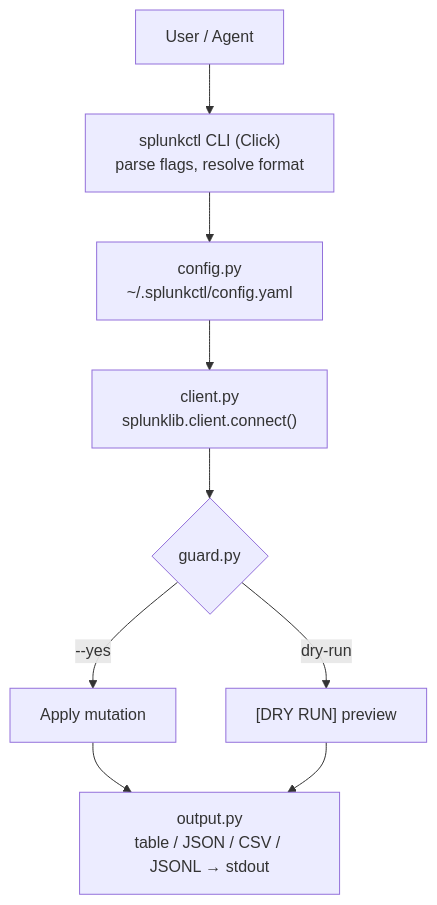
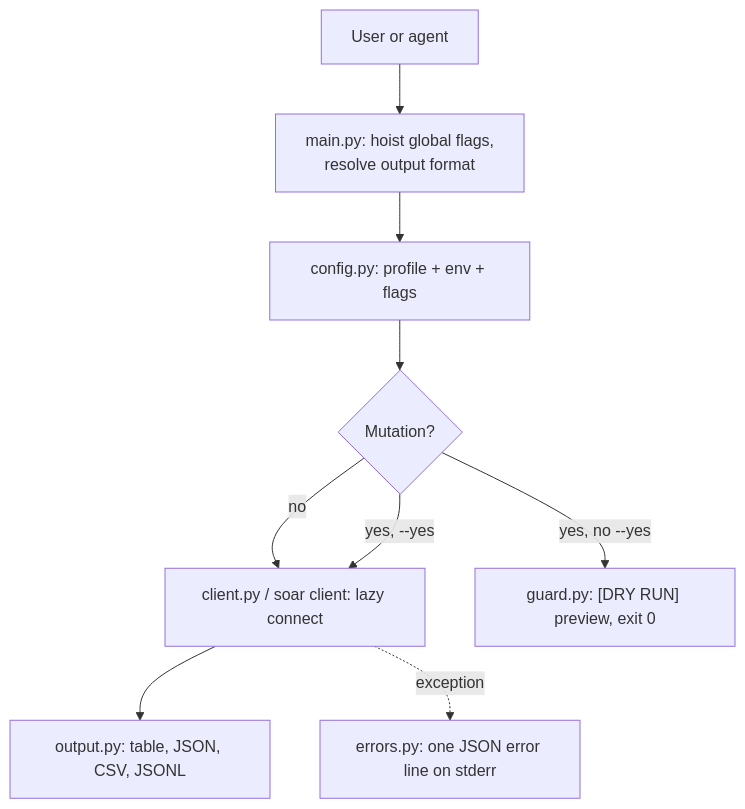
The second of 2 diagrams in docs/design/architecture.md (dannyota/splunkctl), drawn with Mermaid before and after one commit. The commit also changed other lines of this file and 11 other files, not shown here.

First line of the commit message:
docs: rewrite the architecture page, keep the SOAR design notes, drop the stale catalog and vmlab plan

````diff
--- a/docs/design/architecture.md
+++ b/docs/design/architecture.md
@@ -20,11 +36,11 @@
 ```mermaid
 flowchart TD
-  A["User / Agent"] --> B["splunkctl CLI (Click)\nparse flags, resolve format"]
-  B --> C["config.py\n~/.splunkctl/config.yaml"]
-  C --> D["client.py\nsplunklib.client.connect()"]
-  D --> E{"guard.py"}
-  E -- "--yes" --> F["Apply mutation"]
-  E -- "dry-run" --> G["[DRY RUN] preview"]
-  F --> H["output.py\ntable / JSON / CSV / JSONL → stdout"]
-  G --> H
+  A["User or agent"] --> B["main.py: hoist global flags,\nresolve output format"]
+  B --> C["config.py: profile + env + flags"]
+  C --> D{"Mutation?"}
+  D -- "no" --> E["client.py / soar client: lazy connect"]
+  D -- "yes, no --yes" --> F["guard.py: [DRY RUN] preview, exit 0"]
+  D -- "yes, --yes" --> E
+  E --> G["output.py: table, JSON, CSV, JSONL"]
+  E -. "exception" .-> H["errors.py: one JSON error line on stderr"]
 ```
````
